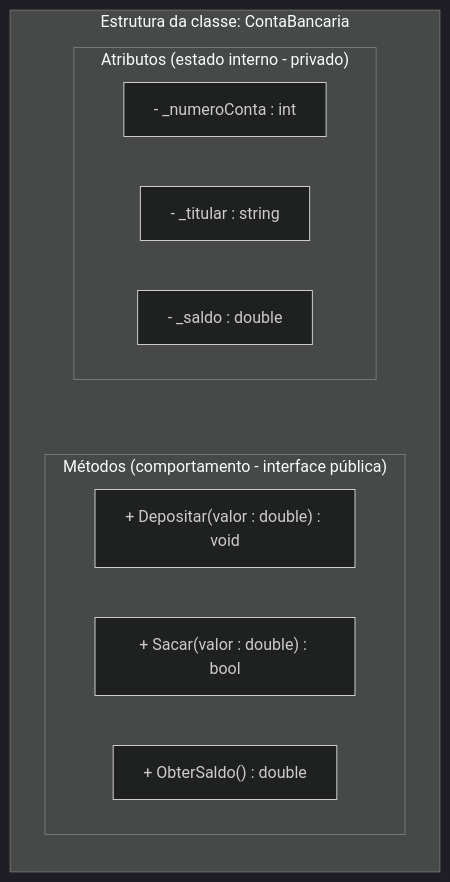
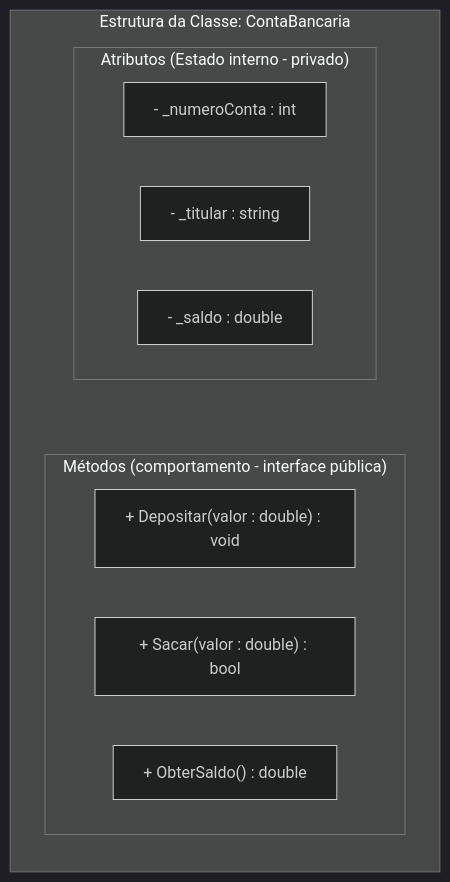
The second of 7 diagrams in 01. Programacao Modular/07. Atributos e métodos (classes, objetos e definição de membros).md (leorruas/puc), drawn with Mermaid (dark theme) before and after one commit. The commit also changed other lines of this file and 10 other files, not shown here.

````diff
--- a/01. Programacao Modular/07. Atributos e métodos (classes, objetos e definição de membros).md
+++ b/01. Programacao Modular/07. Atributos e métodos (classes, objetos e definição de membros).md
@@ -126,19 +136,19 @@
 ```mermaid
 flowchart TD
-    subgraph ClasseContainer ["Estrutura da classe: ContaBancaria"]
+    subgraph ClasseContainer ["Estrutura da Classe: ContaBancaria"]
         direction TB
-        subgraph Estado ["Atributos (estado interno - privado)"]
+        subgraph Estado ["Atributos (Estado interno - privado)"]
             A1["- _numeroConta : int"]
             A2["- _titular : string"]
             A3["- _saldo : double"]
         end
 
         subgraph Comportamento ["Métodos (comportamento - interface pública)"]
             M1["+ Depositar(valor : double) : void"]
             M2["+ Sacar(valor : double) : bool"]
             M3["+ ObterSaldo() : double"]
         end
 
         Estado ~~~ Comportamento
     end
 ```
````
